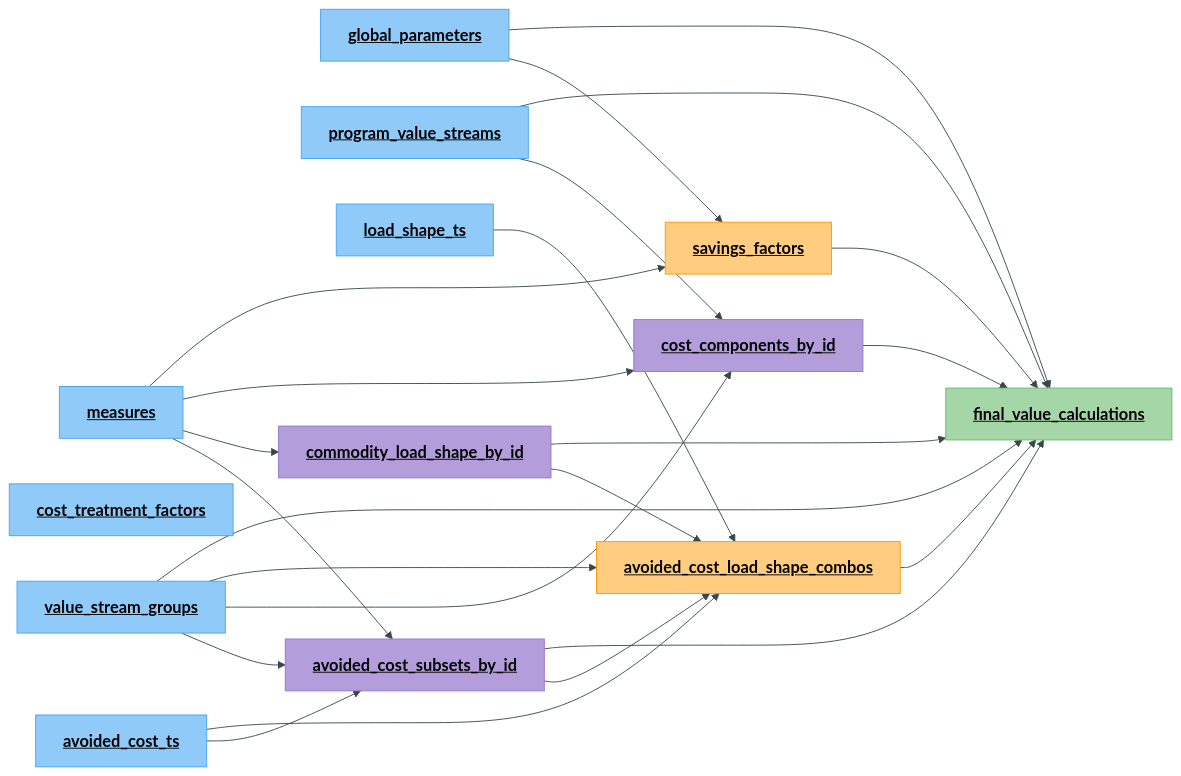
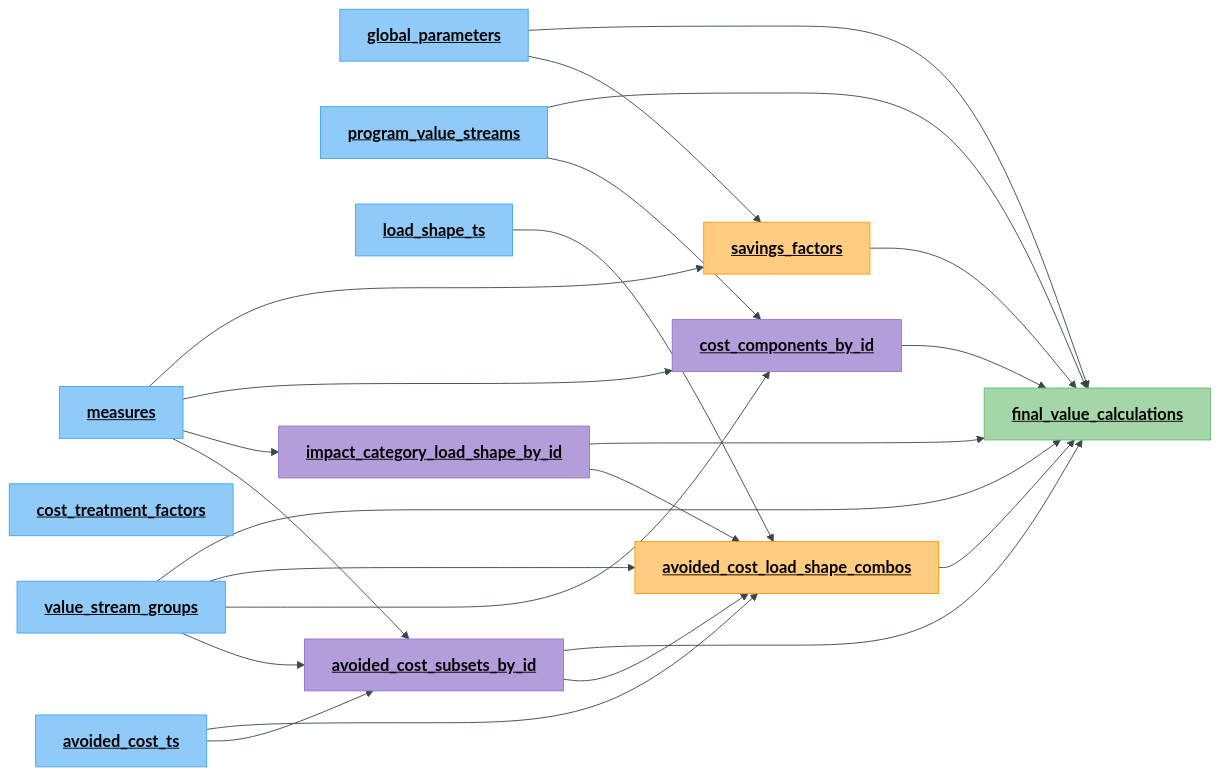
Before and after one commit to openbca/openbca: the third of 3 diagrams in README.md, drawn with Mermaid. The commit also changed other lines of this file and 24 other files, not shown here.

````diff
--- a/README.md
+++ b/README.md
@@ -178,67 +178,67 @@
 ```mermaid
 %%{init: {'theme': 'base', 'themeVariables': {'fontSize': '18px', 'primaryTextColor': '#000000', 'secondaryTextColor': '#000000', 'tertiaryTextColor': '#000000', 'primaryBorderColor': '#37474f', 'lineColor': '#37474f'}}}%%
 flowchart LR
 
    measures["`**<u>measures</u>**`"]
    global_parameters["`**<u>global_parameters</u>**`"]
    cost_treatment_factors["`**<u>cost_treatment_factors</u>**`"]
    program_value_streams["`**<u>program_value_streams</u>**`"]
    value_stream_groups["`**<u>value_stream_groups</u>**`"]
    load_shape_ts["`**<u>load_shape_ts</u>**`"]
    avoided_cost_ts["`**<u>avoided_cost_ts</u>**`"]
   
    avoided_cost_subsets_by_id["`**<u>avoided_cost_subsets_by_id</u>**`"]
-   commodity_load_shape_by_id["`**<u>commodity_load_shape_by_id</u>**`"]
+   impact_category_load_shape_by_id["`**<u>impact_category_load_shape_by_id</u>**`"]
    cost_components_by_id["`**<u>cost_components_by_id</u>**`"]
 
    avoided_cost_load_shape_combos["`**<u>avoided_cost_load_shape_combos</u>**`"]
    savings_factors["`**<u>savings_factors</u>**`"]
 
    final_value_calculations["`**<u>final_value_calculations</u>**`"]
 
 measures-->avoided_cost_subsets_by_id
 avoided_cost_ts-->avoided_cost_subsets_by_id
 value_stream_groups-->avoided_cost_subsets_by_id
 
-measures-->commodity_load_shape_by_id
+measures-->impact_category_load_shape_by_id
 
 measures-->cost_components_by_id
 value_stream_groups-->cost_components_by_id
 program_value_streams-->cost_components_by_id
 
 avoided_cost_ts-->avoided_cost_load_shape_combos
 load_shape_ts-->avoided_cost_load_shape_combos
 value_stream_groups-->avoided_cost_load_shape_combos
-commodity_load_shape_by_id-->avoided_cost_load_shape_combos
+impact_category_load_shape_by_id-->avoided_cost_load_shape_combos
 avoided_cost_subsets_by_id-->avoided_cost_load_shape_combos
 
 measures-->savings_factors
 global_parameters-->savings_factors
 
 global_parameters-->final_value_calculations
 value_stream_groups-->final_value_calculations
 program_value_streams-->final_value_calculations
-commodity_load_shape_by_id-->final_value_calculations
+impact_category_load_shape_by_id-->final_value_calculations
 avoided_cost_subsets_by_id-->final_value_calculations
 avoided_cost_load_shape_combos-->final_value_calculations
 cost_components_by_id-->final_value_calculations
 savings_factors-->final_value_calculations
 
    %% Base
    style measures fill:#90caf9,stroke:#42a5f5
    style global_parameters fill:#90caf9,stroke:#42a5f5
    style cost_treatment_factors fill:#90caf9,stroke:#42a5f5
    style program_value_streams fill:#90caf9,stroke:#42a5f5
    style value_stream_groups fill:#90caf9,stroke:#42a5f5
    style load_shape_ts fill:#90caf9,stroke:#42a5f5
    style avoided_cost_ts fill:#90caf9,stroke:#42a5f5
    %% Mappings
    style avoided_cost_subsets_by_id fill:#b39ddb,stroke:#9575cd
-   style commodity_load_shape_by_id fill:#b39ddb,stroke:#9575cd
+   style impact_category_load_shape_by_id fill:#b39ddb,stroke:#9575cd
    style cost_components_by_id fill:#b39ddb,stroke:#9575cd
    %% Precompute
    style avoided_cost_load_shape_combos fill:#ffcc80,stroke:#ff9800
    style savings_factors fill:#ffcc80,stroke:#ff9800
    %% Finalization
    style final_value_calculations fill:#a5d6a7,stroke:#66bb6a
 ```
````
